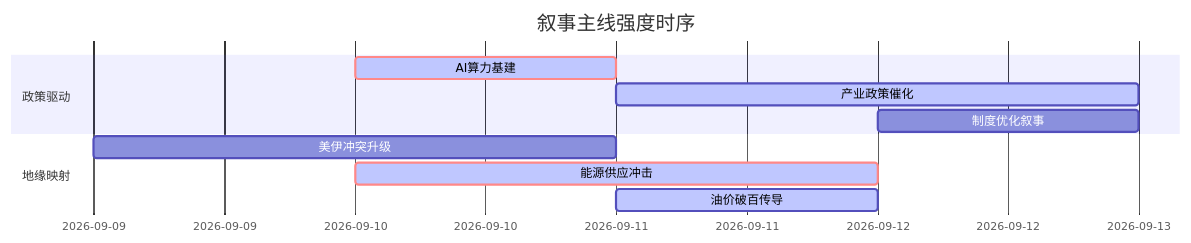
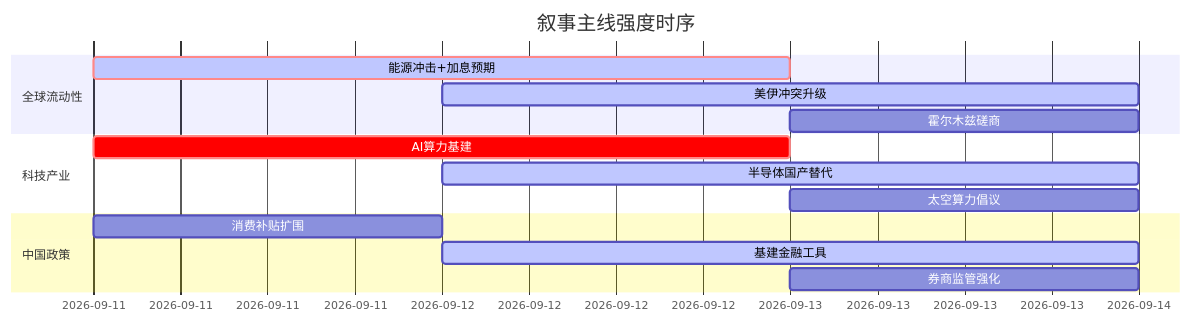
The diagram in 5day_report.md (uu5zn/uu5zn.github.io), drawn with Mermaid before and after one commit. The commit also changed other lines of this file and 3 other files, not shown here.

````diff
--- a/5day_report.md
+++ b/5day_report.md
@@ -54,14 +53,19 @@
 ```mermaid
 gantt
     title 叙事主线强度时序
     dateFormat  YYYY-MM-DD
-    section 政策驱动
-    AI算力基建   :crit, active, 2026-09-10, 1d
-    产业政策催化   :active, 2026-09-11, 2d
-    制度优化叙事   :2026-09-12, 1d
+    section 全球流动性
+    能源冲击+加息预期   :crit, active, 2026-09-11, 2d
+    美伊冲突升级   :active, 2026-09-12, 2d
+    霍尔木兹磋商   :2026-09-13, 1d
     
-    section 地缘映射
-    美伊冲突升级   :2026-09-09, 2d
-    能源供应冲击   :crit, active, 2026-09-10, 2d
-    油价破百传导   :active, 2026-09-11, 1d
+    section 科技产业
+    AI算力基建   :crit, 2026-09-11, 2d
+    半导体国产替代   :active, 2026-09-12, 2d
+    太空算力倡议   :2026-09-13, 1d
+    
+    section 中国政策
+    消费补贴扩围   :2026-09-11, 1d
+    基建金融工具   :active, 2026-09-12, 2d
+    券商监管强化   :2026-09-13, 1d
 ```
````
